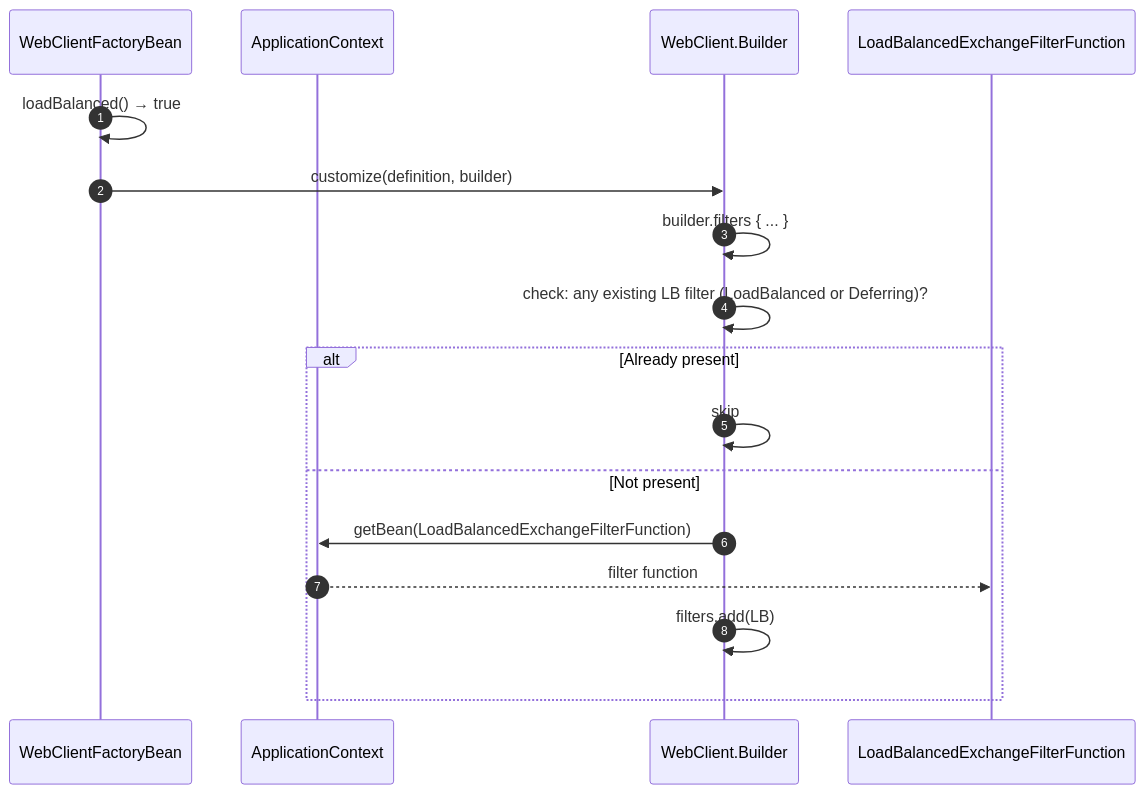
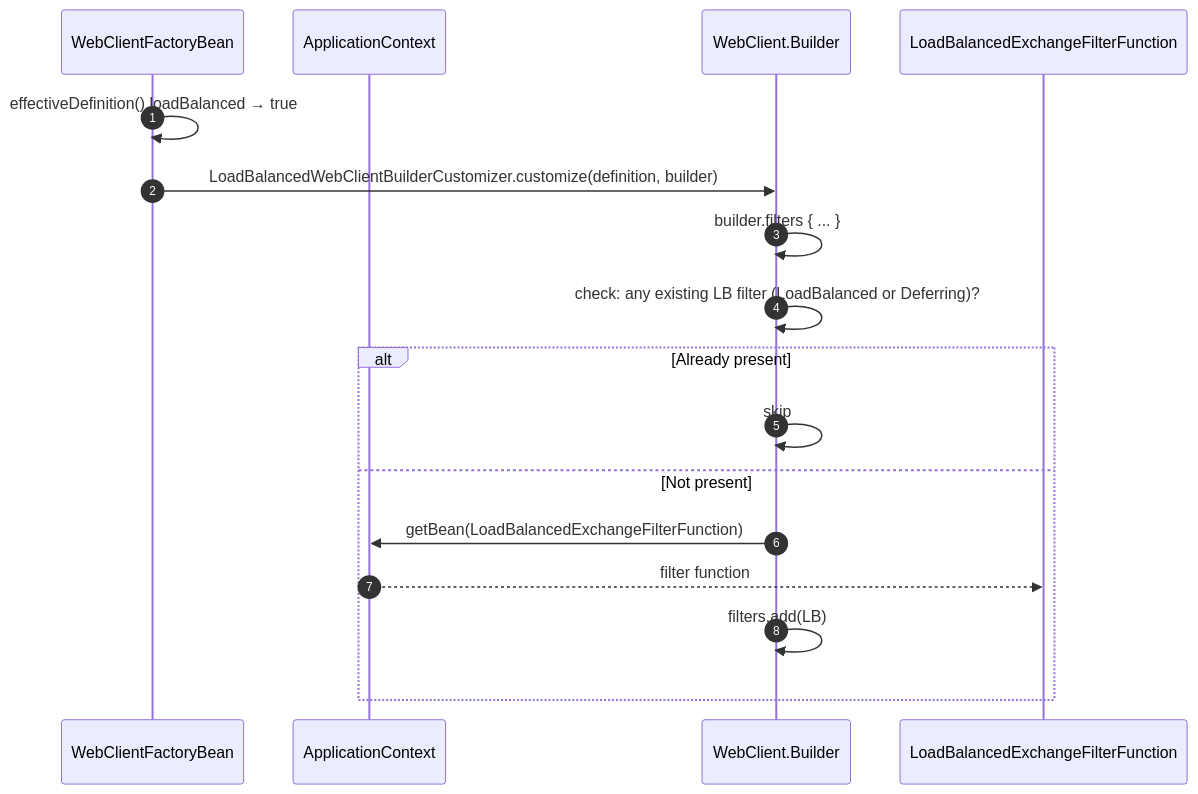
The third of 4 diagrams in wiki/deep-dive/load-balancing.md (Ahoo-Wang/CoApi), drawn with Mermaid before and after one commit. The commit also changed other lines of this file and 45 other files, not shown here.

First line of the commit message:
feat!: v3 client architecture (#320)

````diff
--- a/wiki/deep-dive/load-balancing.md
+++ b/wiki/deep-dive/load-balancing.md
@@ -102,20 +101,20 @@
 ```mermaid
 sequenceDiagram
     autonumber
     participant FB as WebClientFactoryBean
     participant CTX as ApplicationContext
     participant Builder as WebClient.Builder
     participant LB as LoadBalancedExchangeFilterFunction
 
-    FB->>FB: loadBalanced() → true
-    FB->>Builder: customize(definition, builder)
+    FB->>FB: effectiveDefinition().loadBalanced → true
+    FB->>Builder: LoadBalancedWebClientBuilderCustomizer.customize(definition, builder)
     Builder->>Builder: builder.filters { ... }
     Builder->>Builder: check: any existing LB filter (LoadBalanced or Deferring)?
     alt Already present
         Builder->>Builder: skip
     else Not present
         Builder->>CTX: getBean(LoadBalancedExchangeFilterFunction)
         CTX-->>LB: filter function
         Builder->>Builder: filters.add(LB)
     end
 ```
````
